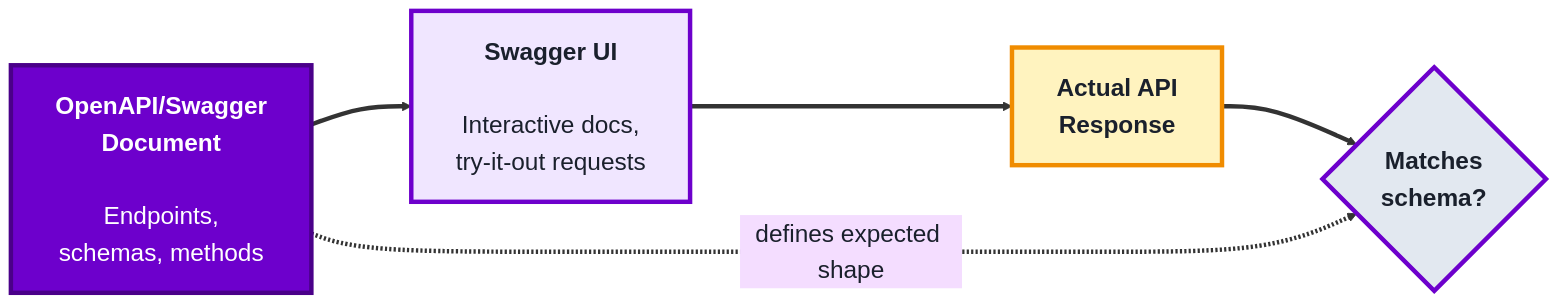
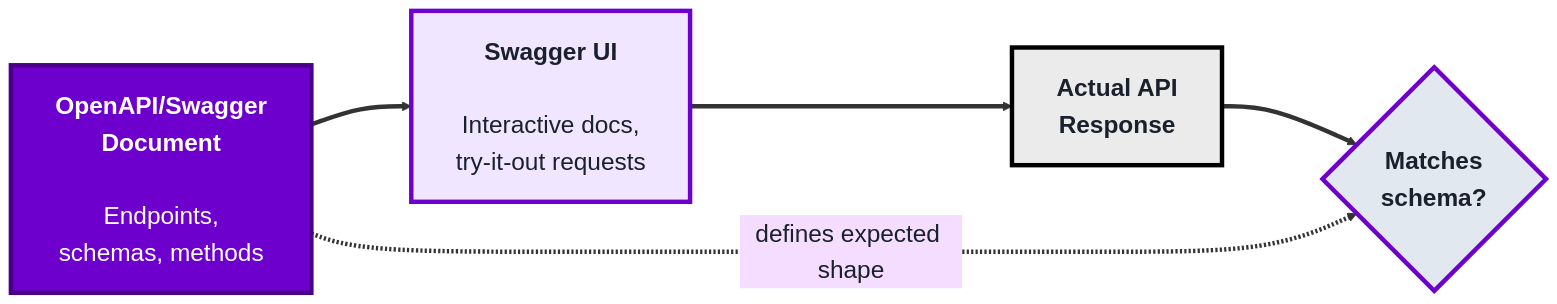
The second of 3 diagrams in src/Pages/courses/TechQA/module-4-api-testing.md (SHEMODELTECH/shemodeltech), drawn with Mermaid before and after one commit. The commit also changed other lines of this file and 46 other files, not shown here.

````diff
--- a/src/Pages/courses/TechQA/module-4-api-testing.md
+++ b/src/Pages/courses/TechQA/module-4-api-testing.md
@@ -88,17 +88,17 @@
 ```mermaid
 %%{init: {'theme':'base', 'themeVariables': {'fontSize':'22px', 'primaryTextColor':'#1a202c', 'primaryBorderColor':'#4a0089', 'lineColor':'#333333'}, 'flowchart': {'nodeSpacing': 70, 'rankSpacing': 90, 'padding': 20}}}%%
 flowchart LR
     SPEC["<b>OpenAPI/Swagger<br/>Document</b><br/><br/>Endpoints,<br/>schemas, methods"]
     UI["<b>Swagger UI</b><br/><br/>Interactive docs,<br/>try-it-out requests"]
     ACT["<b>Actual API<br/>Response</b>"]
     CMP{"<b>Matches<br/>schema?</b>"}
 
     SPEC ==> UI ==> ACT ==> CMP
     SPEC -.->|defines expected shape| CMP
 
     style SPEC fill:#6d00cc,color:#fff,stroke:#4a0089,stroke-width:4px
     style UI fill:#f0e6ff,color:#1a202c,stroke:#6d00cc,stroke-width:4px
-    style ACT fill:#fff3bf,color:#1a202c,stroke:#f08c00,stroke-width:4px
+    style ACT fill:#EBEBEB,color:#1a202c,stroke:#000000,stroke-width:4px
     style CMP fill:#e2e8f0,color:#1a202c,stroke:#6d00cc,stroke-width:4px
     linkStyle default stroke-width:4px,stroke:#333333
 ```
````
